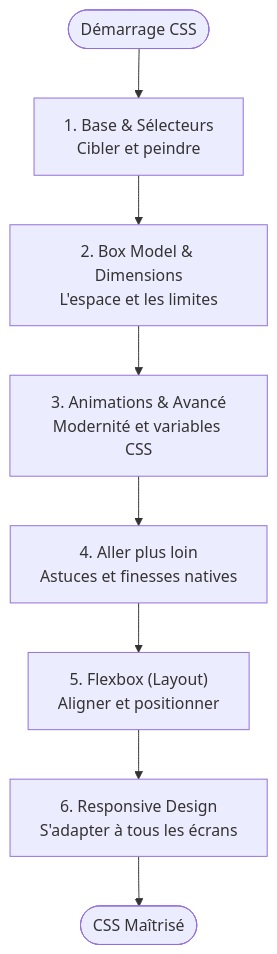
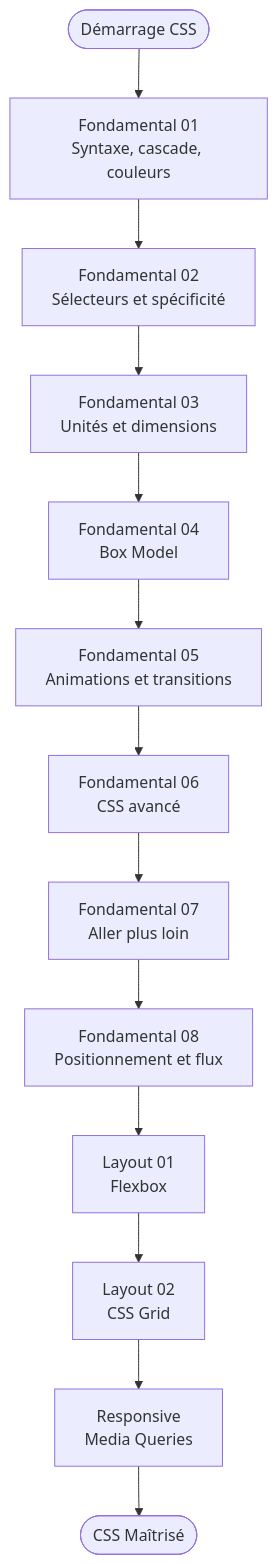
Before and after one commit to zyrass/omnydocs: the diagram in docs/dev-cloud/lang/css/index.md, drawn with Mermaid. The commit also changed other lines of this file and 765 other files, not shown here.

````diff
--- a/docs/dev-cloud/lang/css/index.md
+++ b/docs/dev-cloud/lang/css/index.md
@@ -67,15 +67,20 @@
 ```mermaid
 flowchart TB
-  Start([Démarrage CSS])
+    Start([Démarrage CSS])
 
-  Intro["1. Base & Sélecteurs<br/>Cibler et peindre"]
-  Box["2. Box Model & Dimensions<br/>L'espace et les limites"]
-  Anim["3. Animations & Avancé<br/>Modernité et variables CSS"]
-  Bonus["4. Aller plus loin<br/>Astuces et finesses natives"]
-  Flex["5. Flexbox (Layout)<br/>Aligner et positionner"]
-  Resp["6. Responsive Design<br/>S'adapter à tous les écrans"]
-  
-  End([CSS Maîtrisé])
+    F01["Fondamental 01<br/>Syntaxe, cascade, couleurs"]
+    F02["Fondamental 02<br/>Sélecteurs et spécificité"]
+    F03["Fondamental 03<br/>Unités et dimensions"]
+    F04["Fondamental 04<br/>Box Model"]
+    F05["Fondamental 05<br/>Animations et transitions"]
+    F06["Fondamental 06<br/>CSS avancé"]
+    F07["Fondamental 07<br/>Aller plus loin"]
+    F08["Fondamental 08<br/>Positionnement et flux"]
+    L01["Layout 01<br/>Flexbox"]
+    L02["Layout 02<br/>CSS Grid"]
+    R01["Responsive<br/>Media Queries"]
 
-  Start --> Intro --> Box --> Anim --> Bonus --> Flex --> Resp --> End
+    End([CSS Maîtrisé])
+
+    Start --> F01 --> F02 --> F03 --> F04 --> F05 --> F06 --> F07 --> F08 --> L01 --> L02 --> R01 --> End
 ```
````
